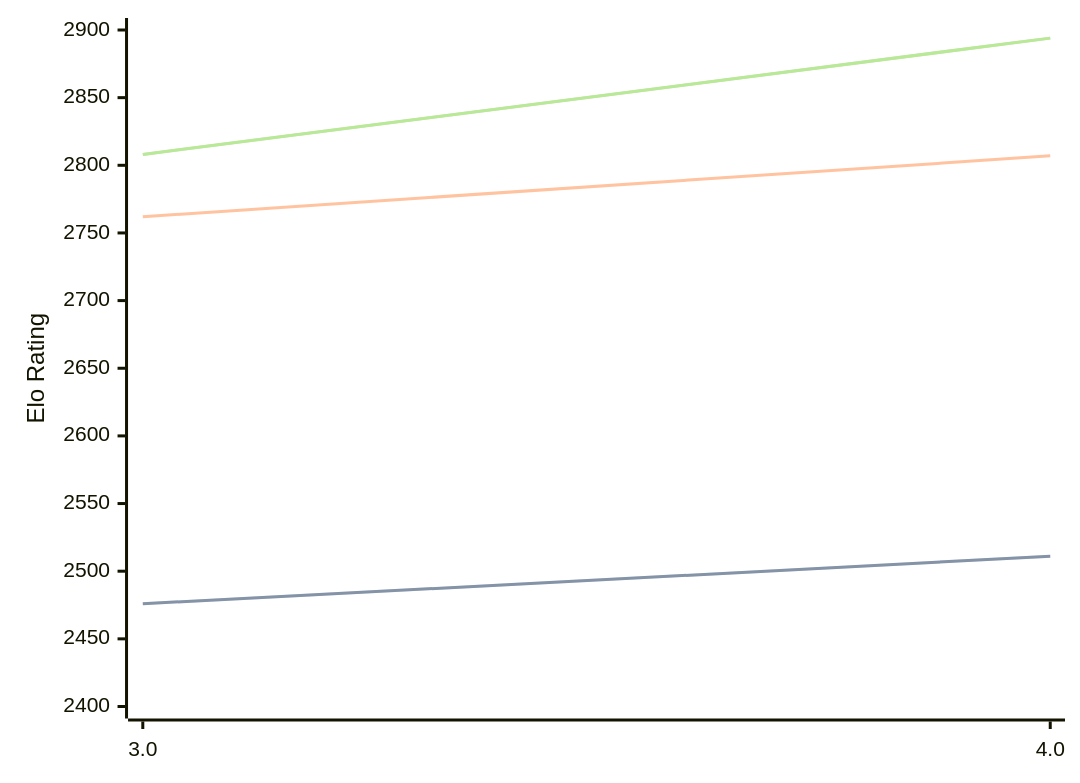
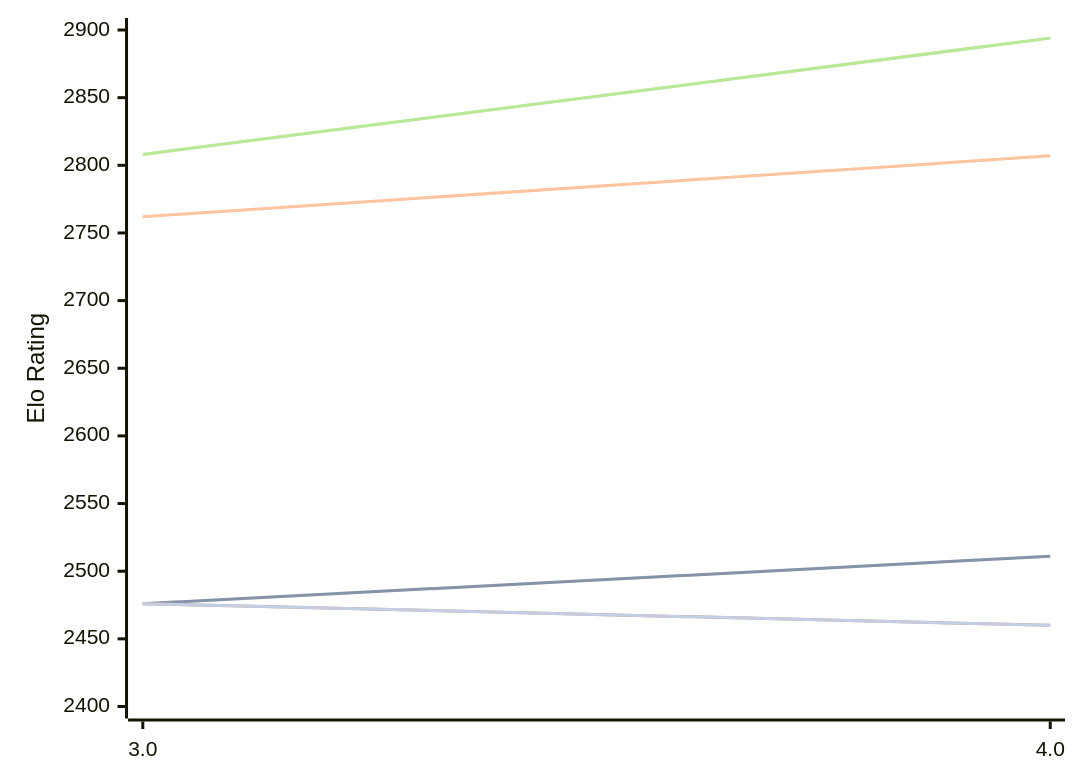
Before and after one commit to computer-chess-index/cci: the diagram in engines/Chess3.md, drawn with Mermaid. The commit also changed other lines of this file, not shown here.

Commit message:
Update CCI Ratings (ELO VLTC) - 2026-10-11

````diff
--- a/engines/Chess3.md
+++ b/engines/Chess3.md
@@ -48,16 +48,13 @@
 ```mermaid
 %%{init: {"theme":"base","themeVariables":{"seriesColors:['#a3a3a3','#222221','#faa371']}}}%%
 xychart-beta
   x-axis ["3.0", "4.0"]
   y-axis "Elo Rating" 2400 --> 2900
   line "" [2476, 2511]
   line "T1: STC (8.0+0.08s)" [2476, 2511]
   line "T1: LTC (60.0+0.60s)" [2762, 2807]
   line "" [2808, 2894]
   line "T1: VLTC (2m24s+1.12s)" [2808, 2894]
-  line "" [2448]
-  line "E1: STC (8.0+0.08s)" [2448]
-  line "E1: LTC (60.0+0.60s)" [2746]
-  line "" [2827]
-  line "E1: VLTC (2m24s+1.12s)" [2827]
+  line "" [2476,2460]
+  line "E1: STC (8.0+0.08s)" [2476,2460]
 ```
````
